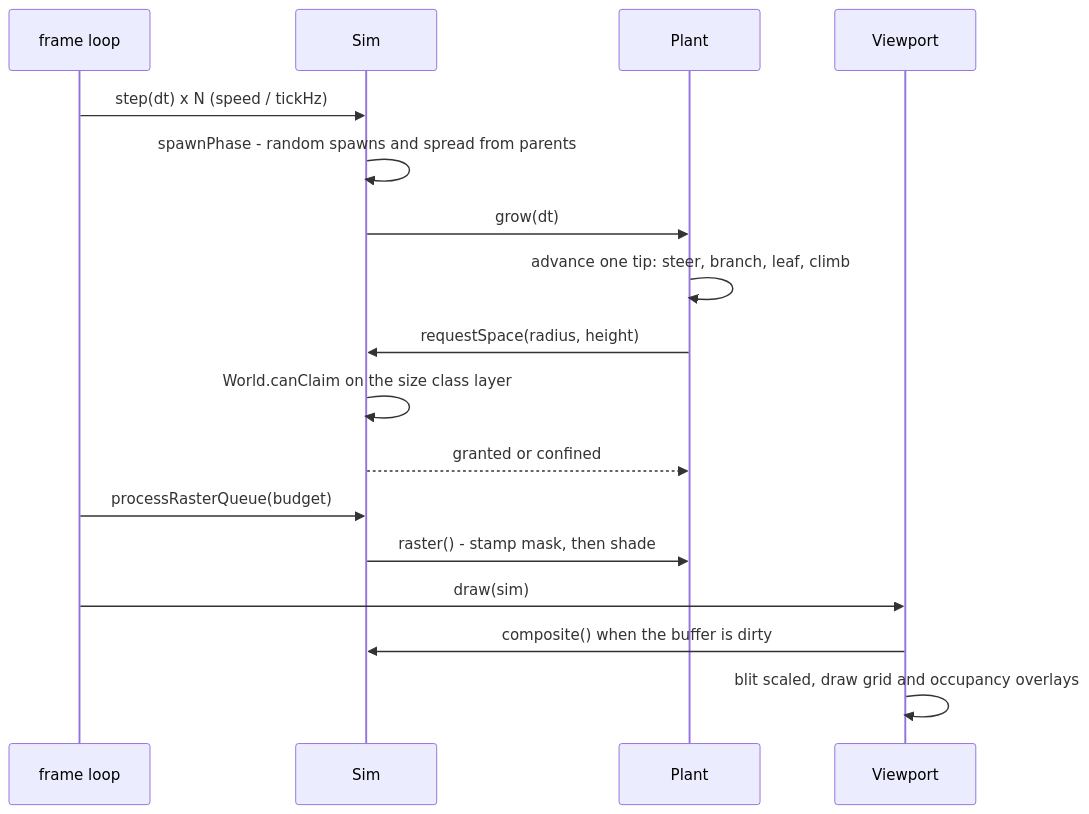
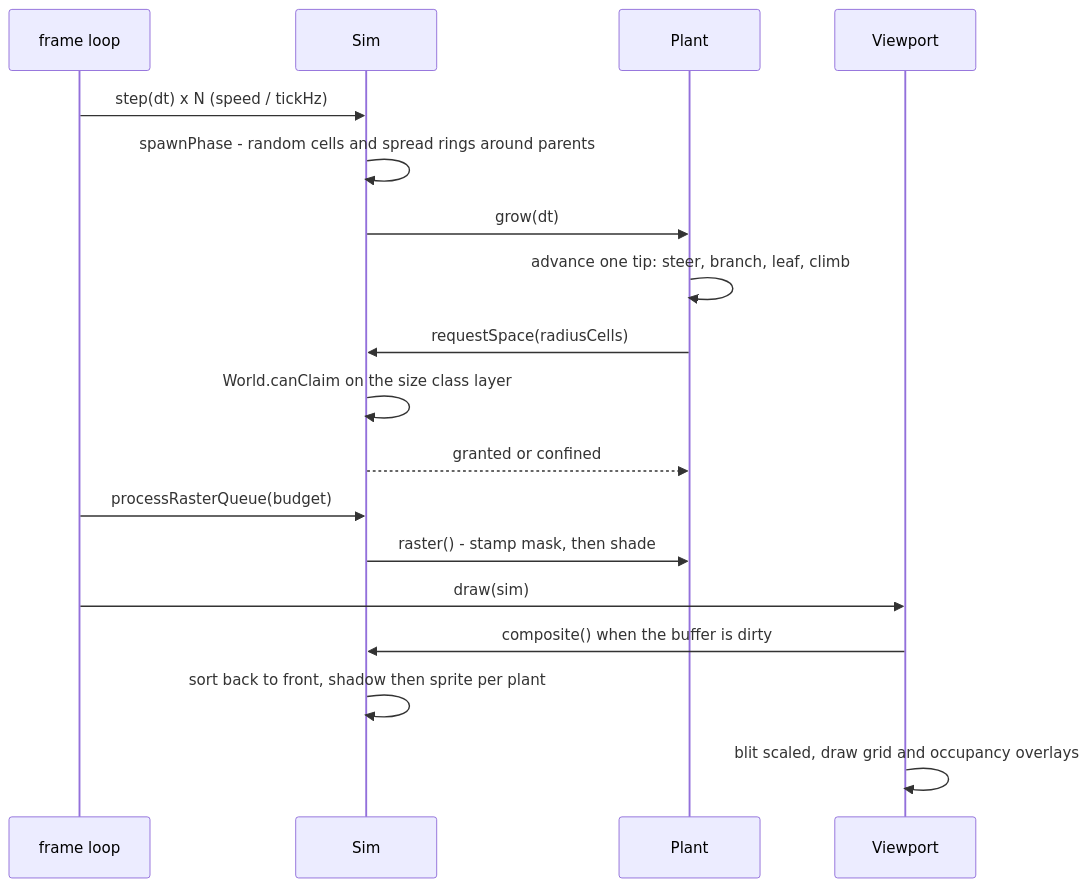
One commit to tmpk13/grow changed the third of 11 diagrams in ARCHITECTURE.md. Above: the diagram before and after it, drawn with Mermaid. The commit also changed other lines of this file and 31 other files, not shown here.

````diff
--- a/ARCHITECTURE.md
+++ b/ARCHITECTURE.md
@@ -132,20 +213,21 @@
 ```mermaid
 sequenceDiagram
   participant L as frame loop
   participant S as Sim
   participant P as Plant
   participant V as Viewport
 
   L->>S: step(dt) x N (speed / tickHz)
-  S->>S: spawnPhase - random spawns and spread from parents
+  S->>S: spawnPhase - random cells and spread rings around parents
   S->>P: grow(dt)
   P->>P: advance one tip: steer, branch, leaf, climb
-  P->>S: requestSpace(radius, height)
+  P->>S: requestSpace(radiusCells)
   S->>S: World.canClaim on the size class layer
   S-->>P: granted or confined
   L->>S: processRasterQueue(budget)
   S->>P: raster() - stamp mask, then shade
   L->>V: draw(sim)
   V->>S: composite() when the buffer is dirty
+  S->>S: sort back to front, shadow then sprite per plant
   V->>V: blit scaled, draw grid and occupancy overlays
 ```
````
